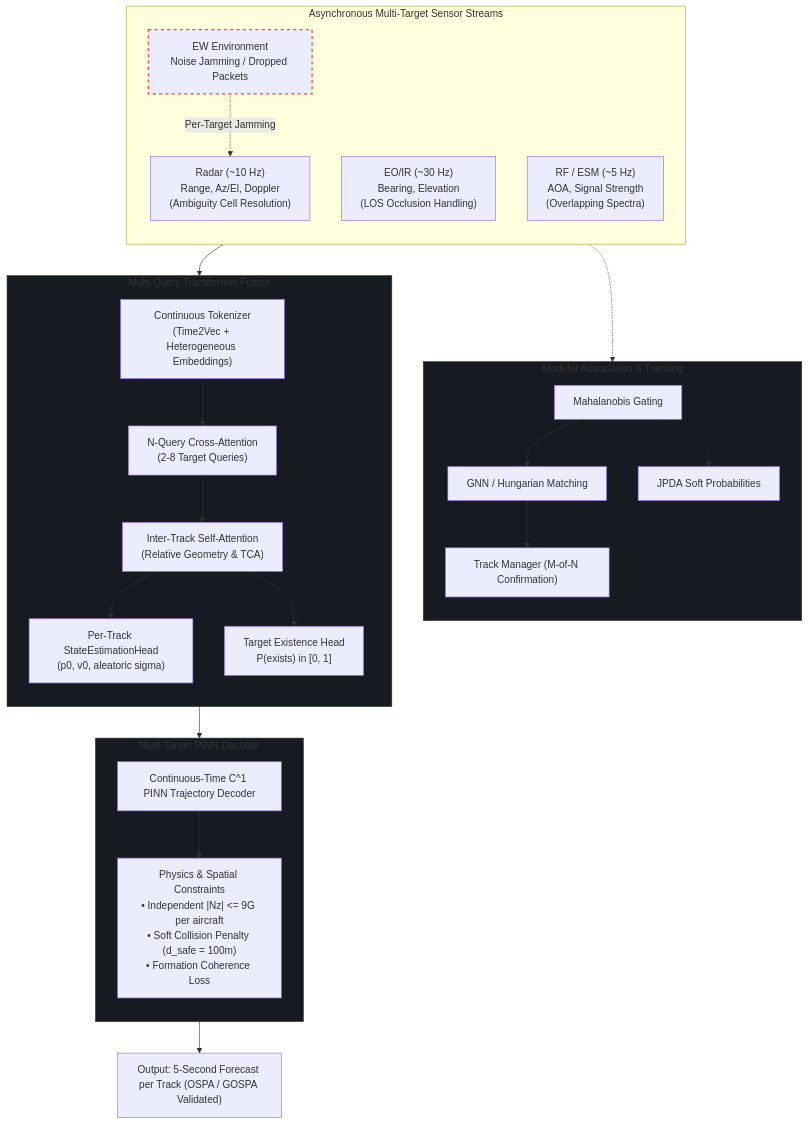
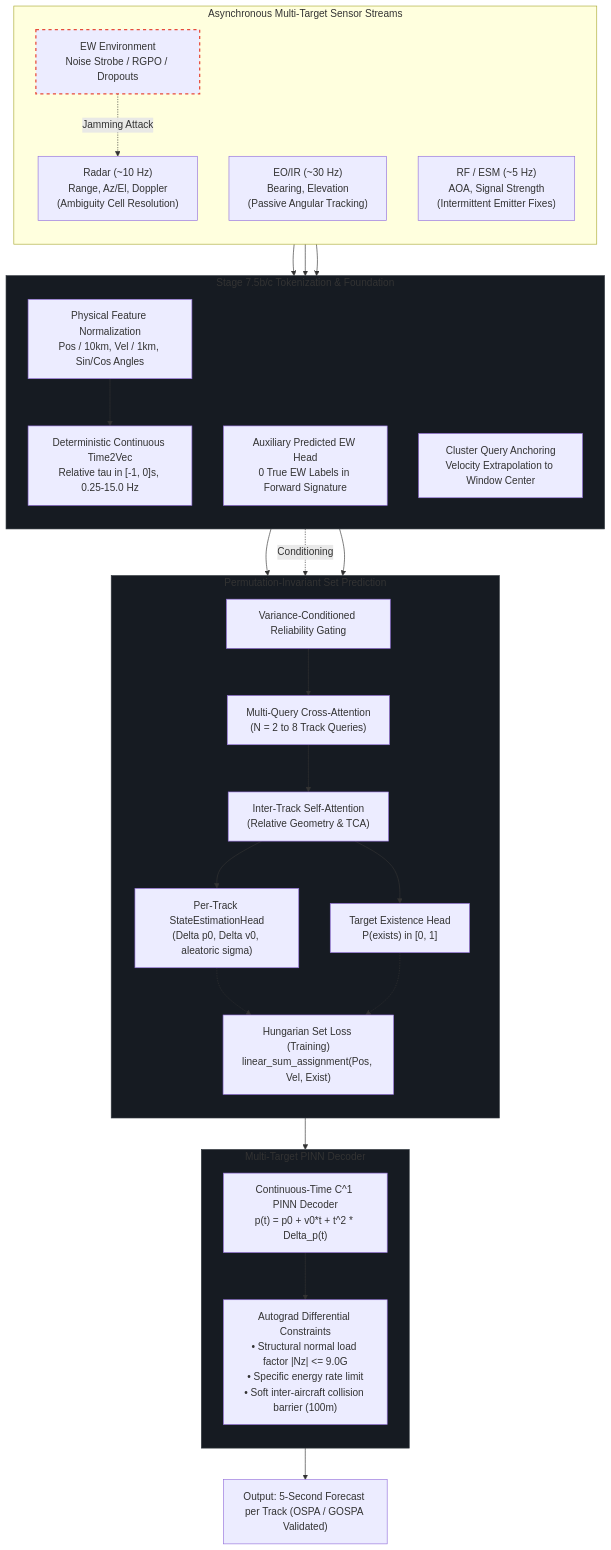
Before and after one commit to KatenShinMori/eh-threat-prediction-showcase: the diagram in README.md, drawn with Mermaid. The commit also changed other lines of this file and 3 other files, not shown here.

First line of the commit message:
docs(readme): sync architecture, benchmarks, and math with stages 7.5a, 7.5b, and 7.5c

````diff
--- a/README.md
+++ b/README.md
@@ -17,47 +29,50 @@
 ```mermaid
 flowchart TD
     subgraph Inputs ["Asynchronous Multi-Target Sensor Streams"]
         direction TB
         R["Radar (~10 Hz)<br/>Range, Az/El, Doppler<br/>(Ambiguity Cell Resolution)"]
-        EO["EO/IR (~30 Hz)<br/>Bearing, Elevation<br/>(LOS Occlusion Handling)"]
-        ESM["RF / ESM (~5 Hz)<br/>AOA, Signal Strength<br/>(Overlapping Spectra)"]
-        EW["EW Environment<br/>Noise Jamming / Dropped Packets"] -.->|Per-Target Jamming| R
+        EO["EO/IR (~30 Hz)<br/>Bearing, Elevation<br/>(Passive Angular Tracking)"]
+        ESM["RF / ESM (~5 Hz)<br/>AOA, Signal Strength<br/>(Intermittent Emitter Fixes)"]
+        EW["EW Environment<br/>Noise Strobe / RGPO / Dropouts"] -.->|Jamming Attack| R
     end
 
-    subgraph Assoc ["Modular Association & Tracking"]
+    subgraph Tokenizer ["Stage 7.5b/c Tokenization & Foundation"]
         direction TB
-        GNN["GNN / Hungarian Matching"]
-        JPDA["JPDA Soft Probabilities"]
-        GateAssoc["Mahalanobis Gating"]
-        TrkMgr["Track Manager (M-of-N Confirmation)"]
+        Norm["Physical Feature Normalization<br/>Pos / 10km, Vel / 1km, Sin/Cos Angles"]
+        T2V["Deterministic Continuous Time2Vec<br/>Relative tau in [-1, 0]s, 0.25-15.0 Hz"]
+        PredEW["Auxiliary Predicted EW Head<br/>0 True EW Labels in Forward Signature"]
+        Anchor["Cluster Query Anchoring<br/>Velocity Extrapolation to Window Center"]
     end
 
-    subgraph Fusion ["Multi-Query Transformer Fusion"]
+    subgraph Fusion ["Permutation-Invariant Set Prediction"]
         direction TB
-        Tok["Continuous Tokenizer<br/>(Time2Vec + Heterogeneous Embeddings)"]
-        MQ["N-Query Cross-Attention<br/>(2-8 Target Queries)"]
-        InterTrack["Inter-Track Self-Attention<br/>(Relative Geometry & TCA)"]
-        HeadState["Per-Track StateEstimationHead<br/>(p0, v0, aleatoric sigma)"]
-        HeadExist["Target Existence Head<br/>P(exists) in [0, 1]"]
-        Tok --> MQ --> InterTrack --> HeadState
-        InterTrack --> HeadExist
+        Gate["Variance-Conditioned Reliability Gating"]
+        XAttn["Multi-Query Cross-Attention<br/>(N = 2 to 8 Track Queries)"]
+        SelfAttn["Inter-Track Self-Attention<br/>(Relative Geometry & TCA)"]
+        StateHead["Per-Track StateEstimationHead<br/>(Delta p0, Delta v0, aleatoric sigma)"]
+        ExistHead["Target Existence Head<br/>P(exists) in [0, 1]"]
+        SetLoss["Hungarian Set Loss (Training)<br/>linear_sum_assignment(Pos, Vel, Exist)"]
     end
 
     subgraph Predictor ["Multi-Target PINN Decoder"]
         direction TB
-        PINN["Continuous-Time C^1 PINN Trajectory Decoder"]
-        Phys["Physics & Spatial Constraints<br/>• Independent |Nz| <= 9G per aircraft<br/>• Soft Collision Penalty (d_safe = 100m)<br/>• Formation Coherence Loss"]
+        PINN["Continuous-Time C^1 PINN Decoder<br/>p(t) = p0 + v0*t + t^2 * Delta_p(t)"]
+        Phys["Autograd Differential Constraints<br/>• Structural normal load factor |Nz| <= 9.0G<br/>• Specific energy rate limit<br/>• Soft inter-aircraft collision barrier (100m)"]
         PINN --> Phys
     end
 
-    Inputs --> Tok
-    Inputs -.-> GateAssoc --> GNN --> TrkMgr
-    GateAssoc -.-> JPDA
-    HeadState --> PINN
+    Inputs --> Norm --> T2V --> Gate
+    Inputs --> Anchor
+    Inputs --> PredEW -.->|Conditioning| Gate
+    Gate --> XAttn
+    Anchor --> XAttn
+    XAttn --> SelfAttn --> StateHead & ExistHead
+    StateHead & ExistHead -.-> SetLoss
+    StateHead --> PINN
     Phys --> Out["Output: 5-Second Forecast per Track (OSPA / GOSPA Validated)"]
 
     style EW stroke:#e74c3c,stroke-width:2px,stroke-dasharray: 5 5
+    style Tokenizer fill:#161b22,stroke:#30363d
     style Fusion fill:#161b22,stroke:#30363d
     style Predictor fill:#161b22,stroke:#30363d
-    style Assoc fill:#161b22,stroke:#30363d
 ```
````
